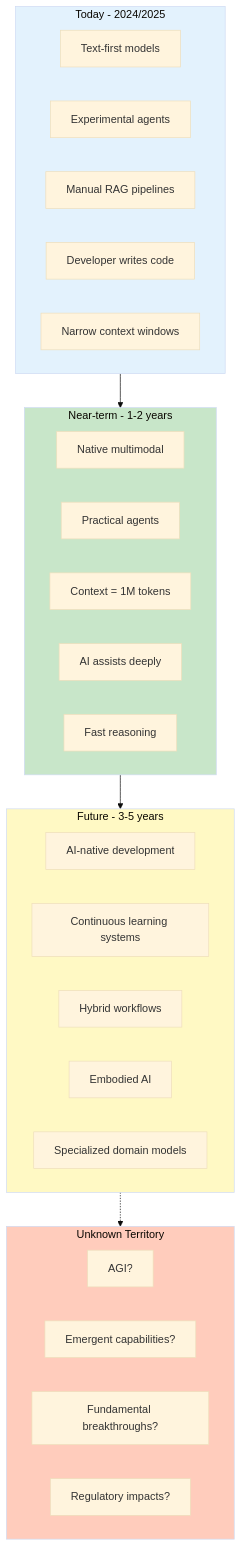
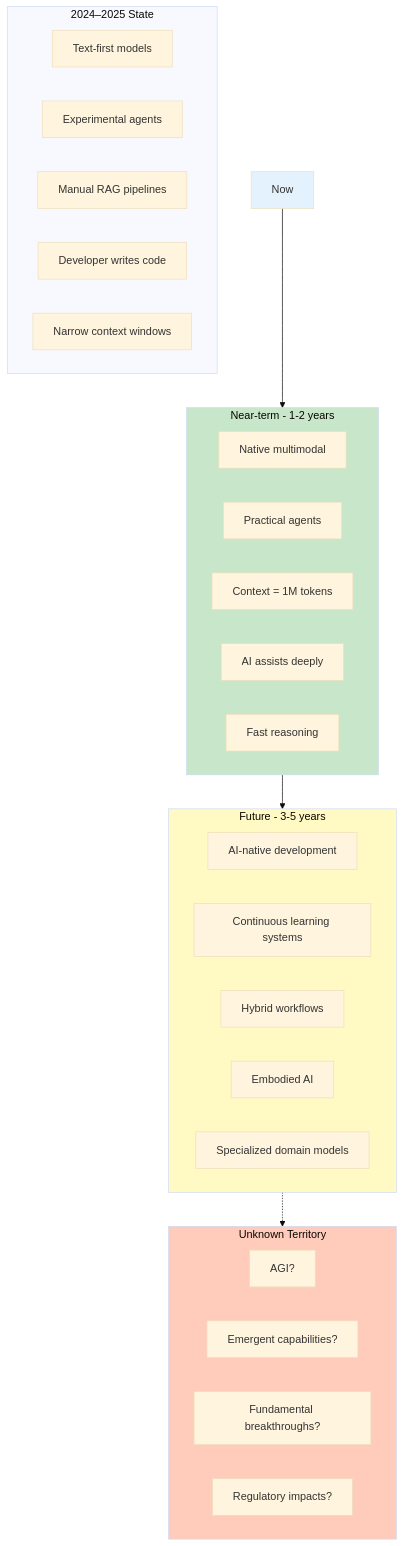
One commit to smartbeep4/trainer changed the first of 6 diagrams in modules/23-future-ai-career.md. Above: the diagram before and after it, drawn with Mermaid (base theme). The commit also changed 58 other files, not shown here.

````diff
--- a/modules/23-future-ai-career.md
+++ b/modules/23-future-ai-career.md
@@ -144,42 +144,42 @@
 ```mermaid
 graph TB
-    subgraph Now[Today - 2024/2025]
+    subgraph Recent[2024–2025 State]
         N1[Text-first models]
         N2[Experimental agents]
         N3[Manual RAG pipelines]
         N4[Developer writes code]
         N5[Narrow context windows]
     end
 
     subgraph Near[Near-term - 1-2 years]
         T1[Native multimodal]
         T2[Practical agents]
         T3[Context = 1M tokens]
         T4[AI assists deeply]
         T5[Fast reasoning]
     end
 
     subgraph Future[Future - 3-5 years]
         F1[AI-native development]
         F2[Continuous learning systems]
         F3[Hybrid workflows]
         F4[Embodied AI]
         F5[Specialized domain models]
     end
 
     subgraph Unknown[Unknown Territory]
         U1[AGI?]
         U2[Emergent capabilities?]
         U3[Fundamental breakthroughs?]
         U4[Regulatory impacts?]
     end
 
     Now --> Near
     Near --> Future
     Future -.-> Unknown
 
     style Now fill:#e3f2fd
     style Near fill:#c8e6c9
     style Future fill:#fff9c4
     style Unknown fill:#ffccbc
 ```
````
